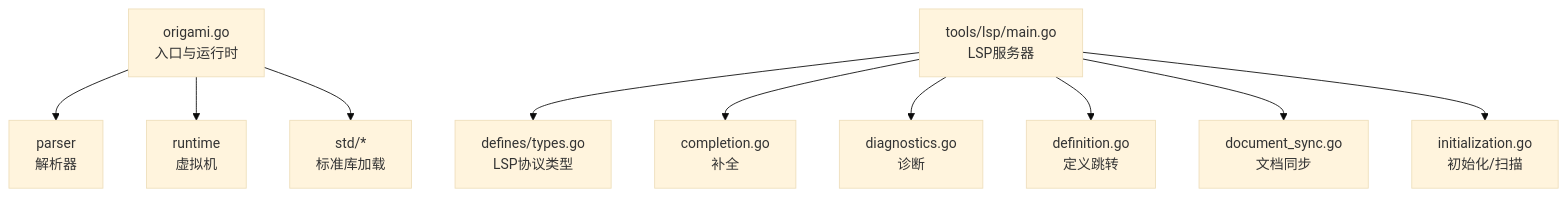
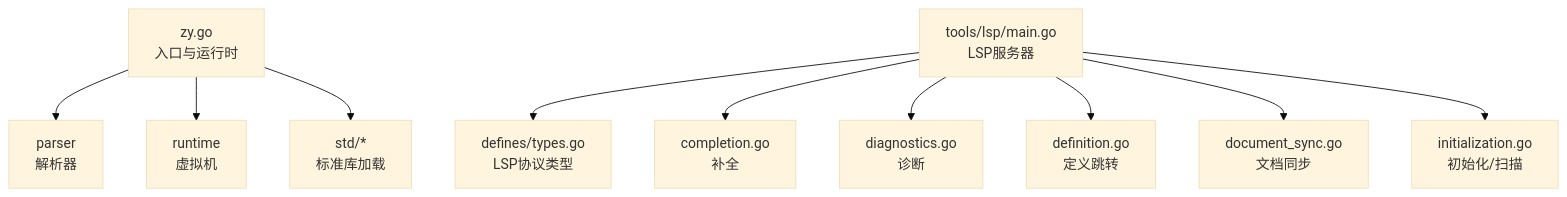
The first of 7 diagrams in .qoder/repowiki/zh/content/开发工具/开发工具.md (php-any/origami), drawn with Mermaid (base theme) before and after one commit. The commit also changed other lines of this file and 21 other files, not shown here.

````diff
--- a/.qoder/repowiki/zh/content/开发工具/开发工具.md
+++ b/.qoder/repowiki/zh/content/开发工具/开发工具.md
@@ -44,12 +44,12 @@
 ```mermaid
 graph TB
-A["origami.go<br/>入口与运行时"] --> B["parser<br/>解析器"]
+A["zy.go<br/>入口与运行时"] --> B["parser<br/>解析器"]
 A --> C["runtime<br/>虚拟机"]
 A --> D["std/*<br/>标准库加载"]
 E["tools/lsp/main.go<br/>LSP服务器"] --> F["defines/types.go<br/>LSP协议类型"]
 E --> G["completion.go<br/>补全"]
 E --> H["diagnostics.go<br/>诊断"]
 E --> I["definition.go<br/>定义跳转"]
 E --> J["document_sync.go<br/>文档同步"]
 E --> K["initialization.go<br/>初始化/扫描"]
 ```
````
